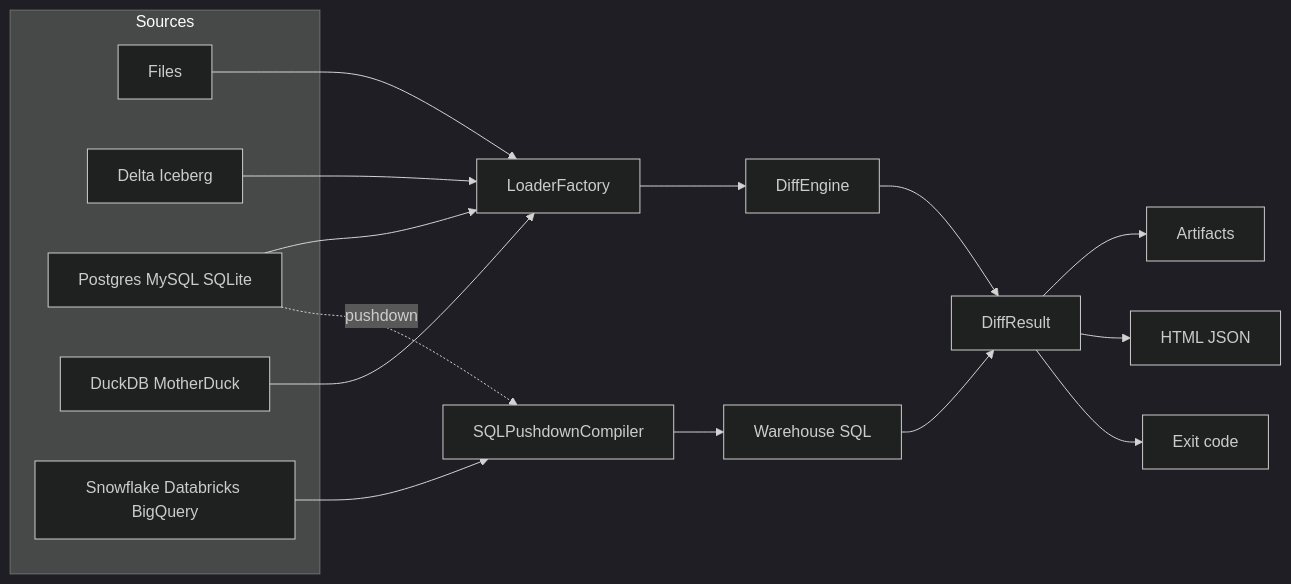
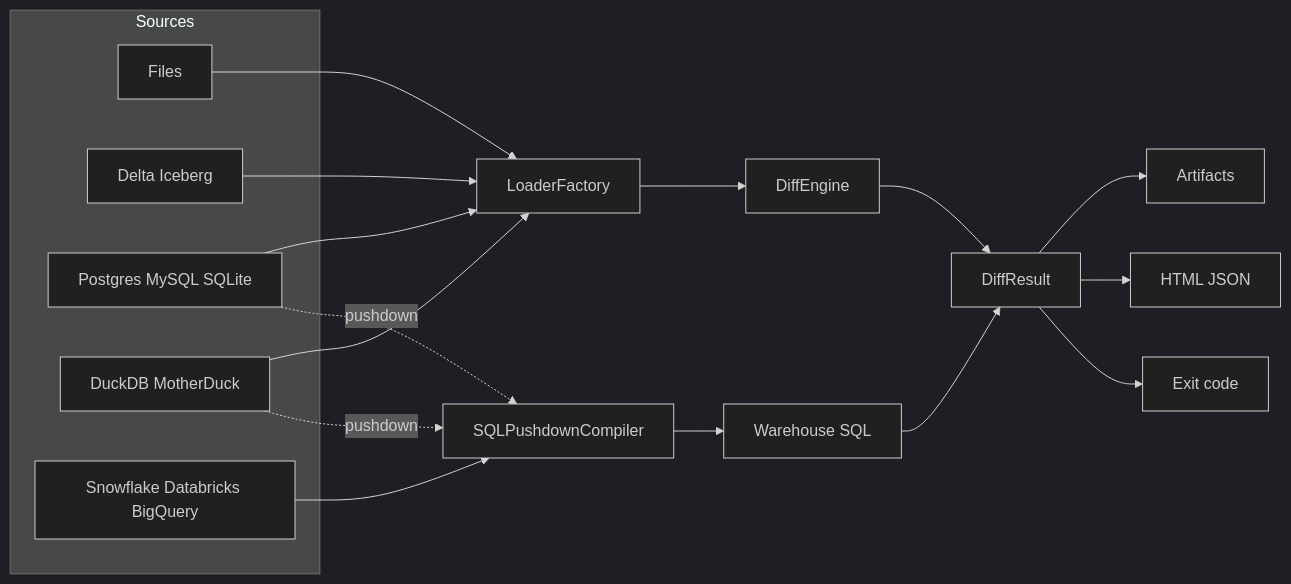
One commit to Veridelta/veridelta changed the diagram in docs/index.md. Above: the diagram before and after it, drawn with Mermaid (dark theme). The commit also changed other lines of this file and 22 other files, not shown here.

````diff
--- a/docs/index.md
+++ b/docs/index.md
@@ -36,23 +36,24 @@
 ```mermaid
 flowchart LR
   subgraph sources [Sources]
     files[Files]
     lakehouse[Delta Iceberg]
     databases[Postgres MySQL SQLite]
     duckdb[DuckDB MotherDuck]
     warehouse[Snowflake Databricks BigQuery]
   end
   files --> loader[LoaderFactory]
   lakehouse --> loader
   databases --> loader
   duckdb --> loader
   warehouse --> compiler[SQLPushdownCompiler]
   databases -. pushdown .-> compiler
+  duckdb -. pushdown .-> compiler
   loader --> engine["DiffEngine"]
   engine --> result[DiffResult]
   compiler --> warehouseSql[Warehouse SQL]
   warehouseSql --> result
   result --> artifacts[Artifacts]
   result --> reports["HTML JSON"]
   result --> exitCode[Exit code]
 ```
````
